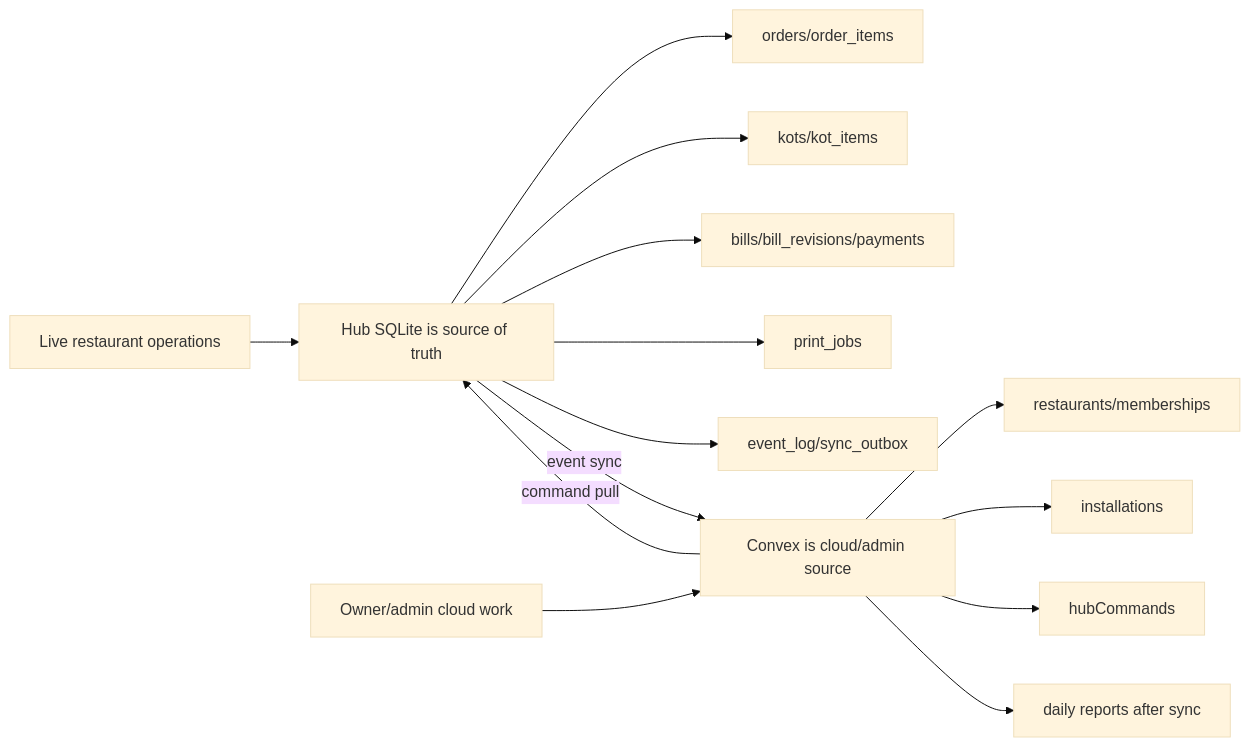
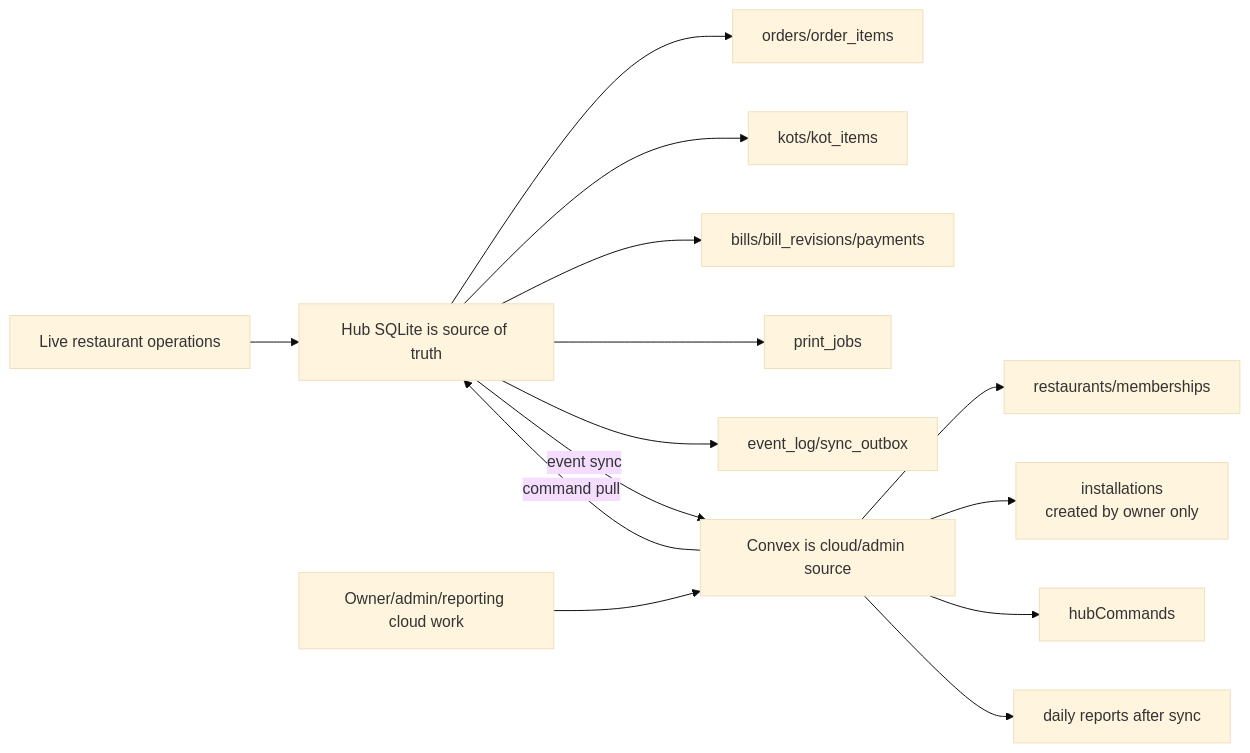
One commit to shubham909090/Open-POS changed diagram 17 of 17 in flowchart.md. Above: the diagram before and after it, drawn with Mermaid (base theme). The commit also changed other lines of this file and 45 other files, not shown here.

Commit message:
Refactor Convex app and update related UI flows

````diff
--- a/flowchart.md
+++ b/flowchart.md
@@ -484,18 +484,18 @@
 ```mermaid
 flowchart LR
   LiveOps["Live restaurant operations"] --> HubTruth["Hub SQLite is source of truth"]
   HubTruth --> Orders["orders/order_items"]
   HubTruth --> Tickets["kots/kot_items"]
   HubTruth --> Bills["bills/bill_revisions/payments"]
   HubTruth --> Print["print_jobs"]
   HubTruth --> Events["event_log/sync_outbox"]
 
-  CloudOwner["Owner/admin cloud work"] --> ConvexTruth["Convex is cloud/admin source"]
+  CloudOwner["Owner/admin/reporting cloud work"] --> ConvexTruth["Convex is cloud/admin source"]
   ConvexTruth --> Restaurants["restaurants/memberships"]
-  ConvexTruth --> Installations["installations"]
+  ConvexTruth --> Installations["installations<br/>created by owner only"]
   ConvexTruth --> Commands["hubCommands"]
   ConvexTruth --> Reports["daily reports after sync"]
 
   HubTruth -->|"event sync"| ConvexTruth
   ConvexTruth -->|"command pull"| HubTruth
 ```
````
